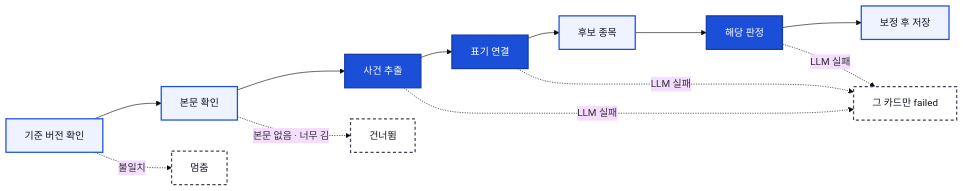
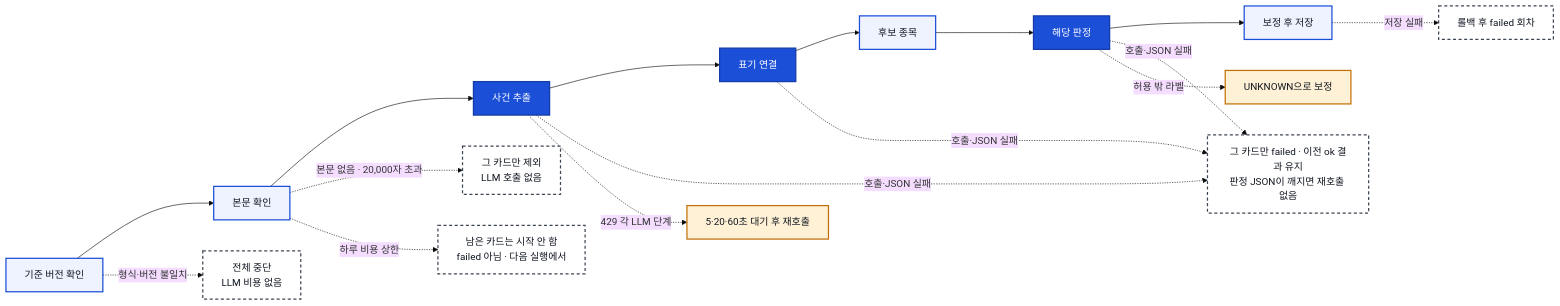
One commit to stfifo/ktc-pt changed the diagram in asset/mermaid/2-classify.mmd. Above: the diagram before and after it, drawn with Mermaid (base theme). The commit also changed 11 other files, not shown here.

Commit message:
차별화 포인트 근거 카드 제거, 시연 영상 확대, AI 에이전트 다이어그램을 docs 기준으로 수정

```diff
--- a/asset/mermaid/2-classify.mmd
+++ b/asset/mermaid/2-classify.mmd
@@ -1,14 +1,19 @@
 flowchart LR
   A[기준 버전 확인] --> B[본문 확인] --> C[사건 추출] --> D[표기 연결] --> E[후보 종목] --> F[해당 판정] --> G[보정 후 저장]
-  A -.불일치.-> X1[멈춤]
-  B -.본문 없음 · 너무 김.-> X2[건너뜀]
-  C -.LLM 실패.-> X3[그 카드만 failed]
-  D -.LLM 실패.-> X3
-  F -.LLM 실패.-> X3
+  A -.형식·버전 불일치.-> X1[전체 중단<br/>LLM 비용 없음]
+  B -.본문 없음 · 20,000자 초과.-> X2[그 카드만 제외<br/>LLM 호출 없음]
+  C -.호출·JSON 실패.-> X3[그 카드만 failed · 이전 ok 결과 유지<br/>판정 JSON이 깨지면 재호출 없음]
+  D -.호출·JSON 실패.-> X3
+  F -.호출·JSON 실패.-> X3
+  C -.429 각 LLM 단계.-> W[5·20·60초 대기 후 재호출]
+  B -.하루 비용 상한.-> X5[남은 카드는 시작 안 함<br/>failed 아님 · 다음 실행에서]
+  F -.허용 밖 라벨.-> U[UNKNOWN으로 보정]
+  G -.저장 실패.-> X4[롤백 후 failed 회차]
+  class A,B,E,G code
+  class C,D,F llm
+  class W,U fb
+  class X1,X2,X3,X4,X5 stop
   classDef code fill:#EEF3FF,stroke:#1B4FD8,stroke-width:2px,color:#111721
   classDef llm fill:#1B4FD8,stroke:#143BA6,stroke-width:2px,color:#FFFFFF
-  classDef fb fill:#F3F5F8,stroke:#1B4FD8,stroke-width:2px,color:#111721
+  classDef fb fill:#FFF1D6,stroke:#C2700A,stroke-width:2px,color:#111721
   classDef stop fill:#FFFFFF,stroke:#3F4753,stroke-width:2px,stroke-dasharray:5 4,color:#111721
-  class A,B,E,G code
-  class C,D,F llm
-  class X1,X2,X3 stop
```
